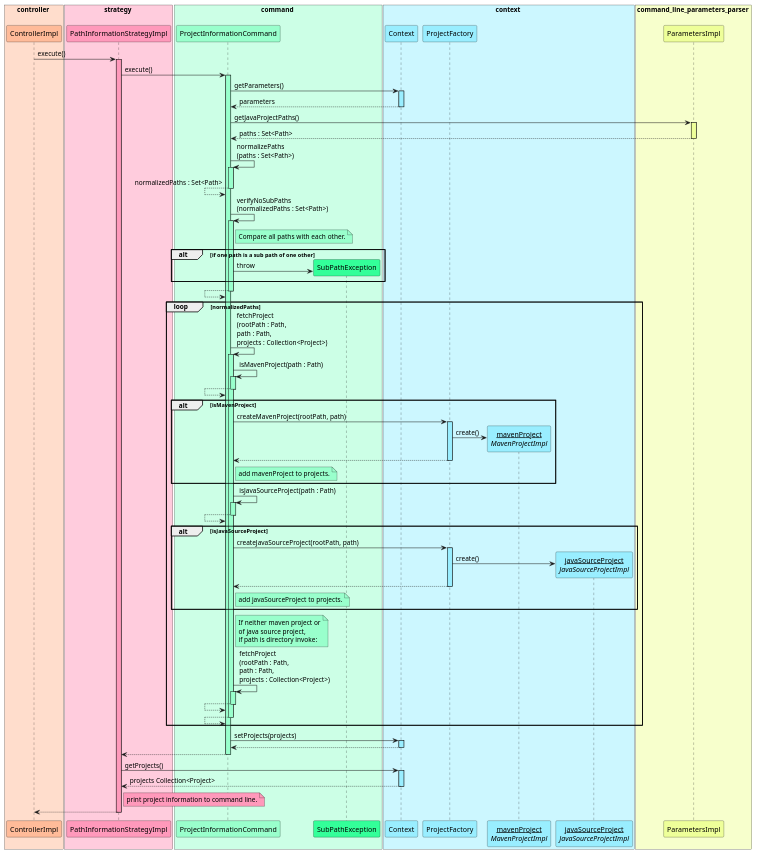
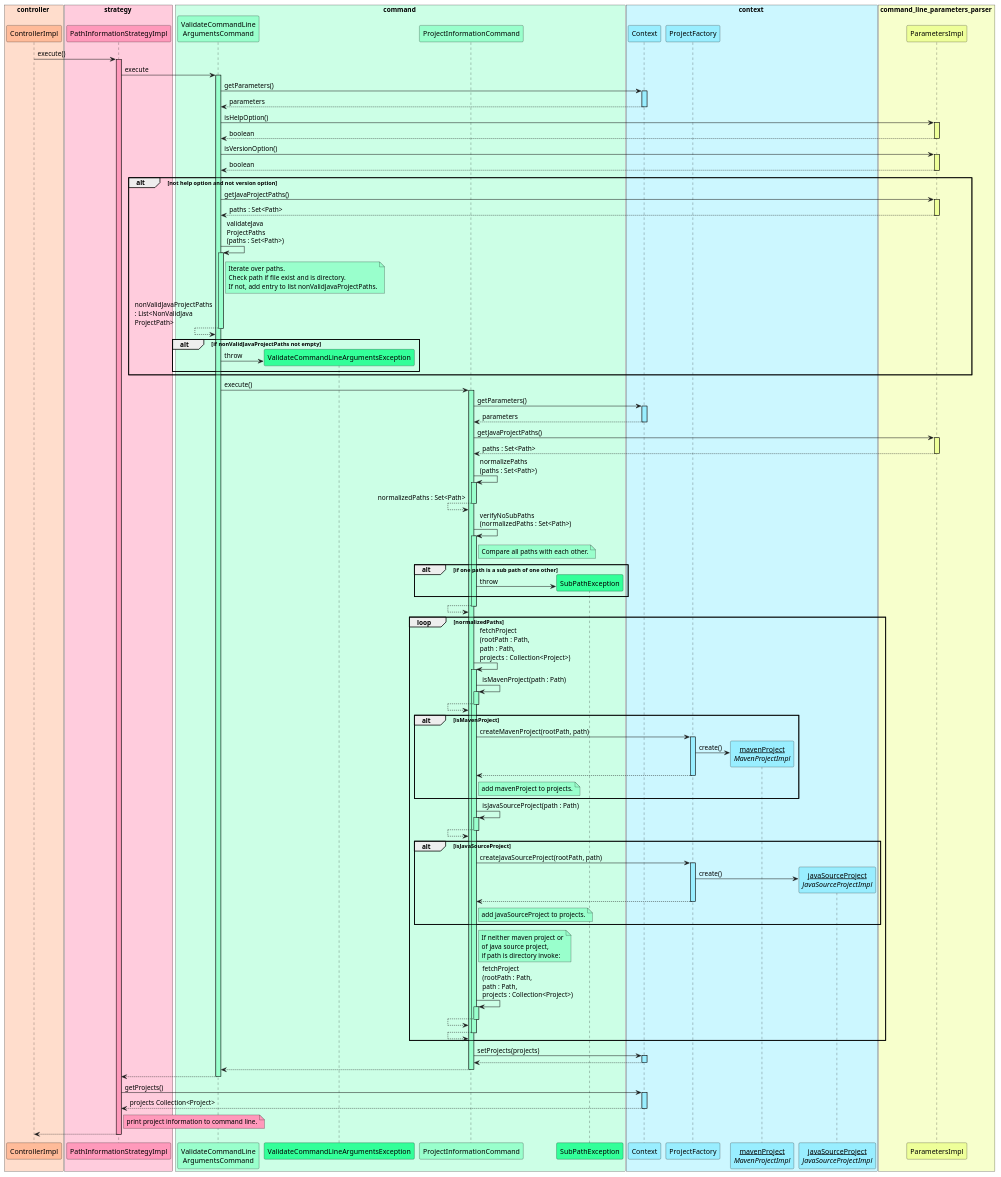
One commit to teinelund/jproject-info changed the diagram in sequencediagram_path_information.puml. Above: the diagram before and after it, drawn with PlantUML. The commit also changed 1 other file, not shown here.

Commit message:
Changed Plant UML sequence diagrams to reflect the new refactoring.

```diff
--- a/sequencediagram_path_information.puml
+++ b/sequencediagram_path_information.puml
@@ -1,97 +1,142 @@
 @startuml
 autoactivate on
 participant "__mavenProject__\n//MavenProjectImpl//" as MavenProjectImpl1 #99EEFF
 participant "__javaSourceProject__\n//JavaSourceProjectImpl//" as JavaSourceProjectImpl1 #99EEFF
+participant "ValidateCommandLine\nArgumentsCommand" as ValidateCommandLineArgumentsCommand #99FFCC
 
 box controller #FFDDCC
 participant ControllerImpl #FFBB99
 end box
 
 box strategy #FFCCDD
 participant PathInformationStrategyImpl #FF99BB
 end box
 
 box command #CCFFE6
+participant ValidateCommandLineArgumentsCommand #99FFCC
+participant ValidateCommandLineArgumentsException #33FF99
 participant ProjectInformationCommand #99FFCC
 participant SubPathException #33FF99
 end box
 
 box context #CCF7FF
 participant Context #99EEFF
 participant ProjectFactory #99EEFF
 participant MavenProjectImpl1
 participant JavaSourceProjectImpl1
 end box
 
 box command_line_parameters_parser #F7FFCC
 participant ParametersImpl #EEFF99
 end box
 
-
+'
+' PathInformationStrategyImpl.execute
 ControllerImpl -> PathInformationStrategyImpl #FF99BB : execute()
 
-PathInformationStrategyImpl -> ProjectInformationCommand #99FFCC : execute()
+'
+' ValidateCommandLineArgumentsCommand execute
+PathInformationStrategyImpl -> ValidateCommandLineArgumentsCommand #99FFCC : execute
+
+ValidateCommandLineArgumentsCommand -> Context #99EEFF : getParameters()
+ValidateCommandLineArgumentsCommand <-- Context : parameters
+
+ValidateCommandLineArgumentsCommand -> ParametersImpl #EEFF99 : isHelpOption()
+ValidateCommandLineArgumentsCommand <-- ParametersImpl : boolean
+
+ValidateCommandLineArgumentsCommand -> ParametersImpl #EEFF99 : isVersionOption()
+ValidateCommandLineArgumentsCommand <-- ParametersImpl : boolean
+
+alt not help option and not version option
+
+ValidateCommandLineArgumentsCommand -> ParametersImpl #EEFF99 : getJavaProjectPaths()
+ValidateCommandLineArgumentsCommand <-- ParametersImpl : paths : Set<Path>
+
+ValidateCommandLineArgumentsCommand -> ValidateCommandLineArgumentsCommand #99FFCC : validateJava\nProjectPaths\n(paths : Set<Path>)
+
+note right of ValidateCommandLineArgumentsCommand #99FFCC: Iterate over paths.\nCheck path if file exist and is directory.\nIf not, add entry to list nonValidJavaProjectPaths.
+
+ValidateCommandLineArgumentsCommand <-- ValidateCommandLineArgumentsCommand : nonValidJavaProjectPaths\n: List<NonValidJava\nProjectPath>
+
+alt if nonValidJavaProjectPaths not empty
+ValidateCommandLineArgumentsCommand -> ValidateCommandLineArgumentsException ** : throw
+end
+
+end
+
+
+'
+' ProjectInformationCommand.execute
+ValidateCommandLineArgumentsCommand -> ProjectInformationCommand #99FFCC : execute()
 
 ProjectInformationCommand -> Context #99EEFF : getParameters()
 ProjectInformationCommand <-- Context : parameters
 
 ProjectInformationCommand -> ParametersImpl #EEFF99 : getJavaProjectPaths()
 ProjectInformationCommand <-- ParametersImpl : paths : Set<Path>
 
 ProjectInformationCommand -> ProjectInformationCommand #99FFCC : normalizePaths\n(paths : Set<Path>)
 ProjectInformationCommand <-- ProjectInformationCommand : normalizedPaths : Set<Path>
 
 ProjectInformationCommand -> ProjectInformationCommand #99FFCC : verifyNoSubPaths\n(normalizedPaths : Set<Path>)
 
 note right of ProjectInformationCommand #99FFCC: Compare all paths with each other.
 
 alt if one path is a sub path of one other
 ProjectInformationCommand -> SubPathException ** : throw
 end
 
 ProjectInformationCommand <-- ProjectInformationCommand
 
 loop normalizedPaths
 ProjectInformationCommand -> ProjectInformationCommand #99FFCC : fetchProject\n(rootPath : Path,\npath : Path,\nprojects : Collection<Project>)
 
 ProjectInformationCommand -> ProjectInformationCommand #99FFCC : isMavenProject(path : Path)
 ProjectInformationCommand <-- ProjectInformationCommand
 
 alt isMavenProject
 ProjectInformationCommand -> ProjectFactory #99EEFF : createMavenProject(rootPath, path)
 ProjectFactory -> MavenProjectImpl1 ** : create()
 ProjectInformationCommand <-- ProjectFactory
 note right of ProjectInformationCommand #99FFCC: add mavenProject to projects.
 end
 
 ProjectInformationCommand -> ProjectInformationCommand #99FFCC : isJavaSourceProject(path : Path)
 ProjectInformationCommand <-- ProjectInformationCommand
 
 alt isJavaSourceProject
 ProjectInformationCommand -> ProjectFactory #99EEFF : createJavaSourceProject(rootPath, path)
 ProjectFactory -> JavaSourceProjectImpl1 ** : create()
 ProjectInformationCommand <-- ProjectFactory
 note right of ProjectInformationCommand #99FFCC: add javaSourceProject to projects.
 end
 
 note right of ProjectInformationCommand #99FFCC: If neither maven project or\nof java source project,\nif path is directory invoke:
 
 ProjectInformationCommand -> ProjectInformationCommand #99FFCC : fetchProject\n(rootPath : Path,\npath : Path,\nprojects : Collection<Project>)
 ProjectInformationCommand <-- ProjectInformationCommand
 
 
 ProjectInformationCommand <-- ProjectInformationCommand
 end
 
 ProjectInformationCommand -> Context #99EEFF : setProjects(projects)
 ProjectInformationCommand <-- Context
 
-PathInformationStrategyImpl <-- ProjectInformationCommand
+'
+' ProjectInformationCommand.execute finished
+ValidateCommandLineArgumentsCommand <-- ProjectInformationCommand
+
+'
+' ValidateCommandLineArgumentsCommand.execute finished
+PathInformationStrategyImpl <-- ValidateCommandLineArgumentsCommand
 
 PathInformationStrategyImpl -> Context #99EEFF : getProjects()
 PathInformationStrategyImpl <-- Context : projects Collection<Project>
 
 note right of PathInformationStrategyImpl #FF99BB: print project information to command line.
 
+'
+' PathInformationStrategyImpl.execute finished
 ControllerImpl <-- PathInformationStrategyImpl
 @enduml
```
